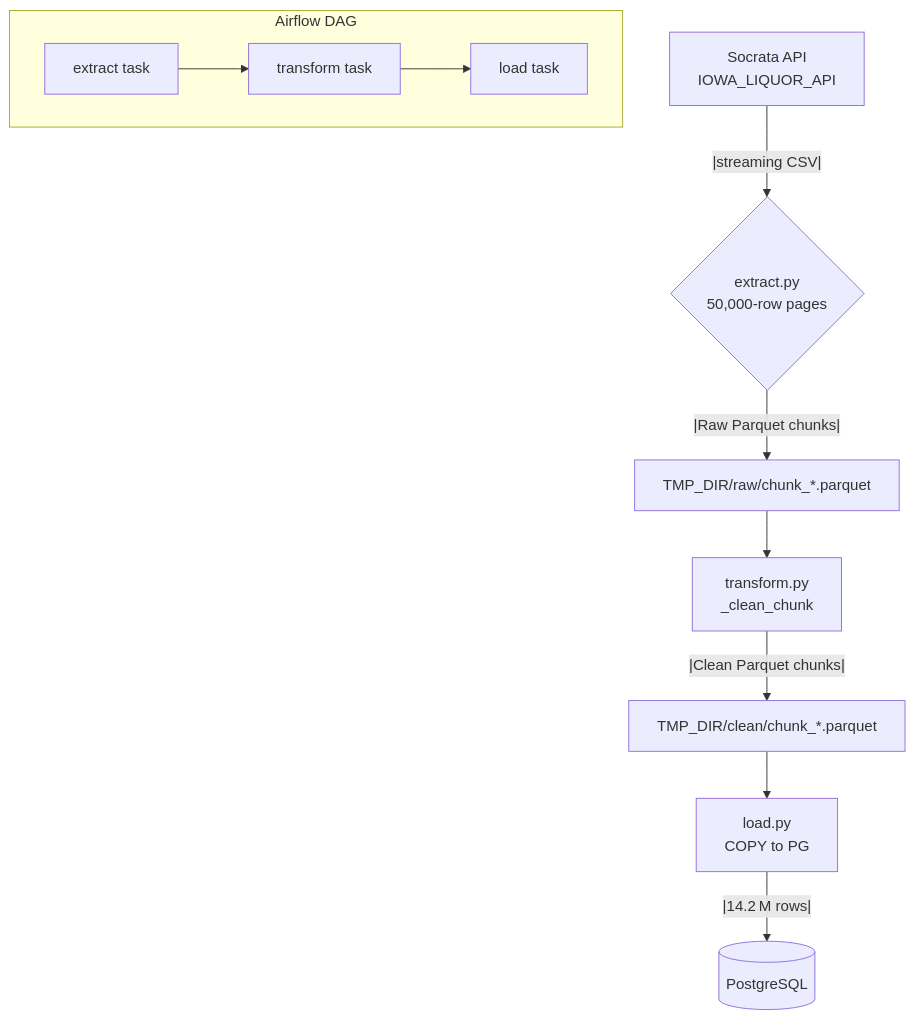
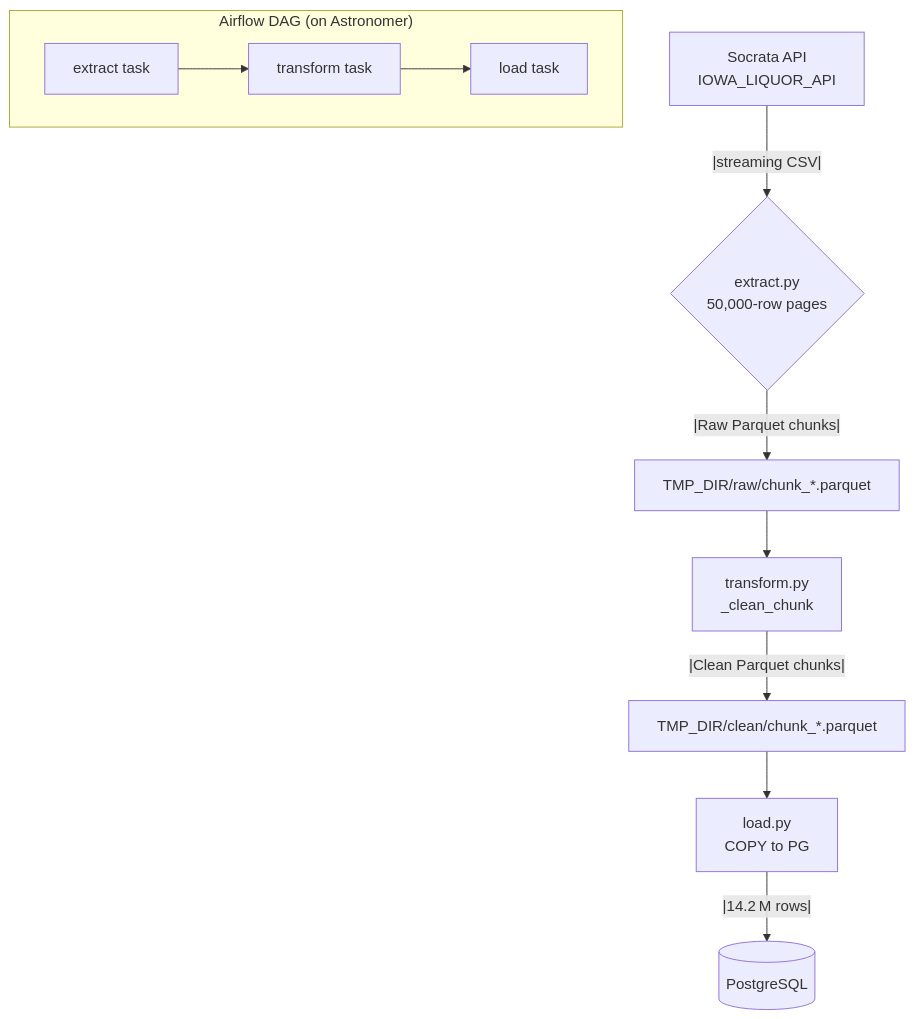
One commit to sundar139/IOWA-Liquor-Sales changed the diagram in README.md. Above: the diagram before and after it, drawn with Mermaid. The commit also changed other lines of this file, not shown here.

````diff
--- a/README.md
+++ b/README.md
@@ -18,15 +18,15 @@
 ```mermaid
 graph TD
     %% ETL pipeline
     A[Socrata API<br/>IOWA_LIQUOR_API] --|streaming CSV|--> B{extract.py<br/>50,000‑row pages}
     B --|Raw Parquet chunks|--> C[TMP_DIR/raw/chunk_*.parquet]
     C --> D[transform.py<br/>_clean_chunk]
     D --|Clean Parquet chunks|--> E[TMP_DIR/clean/chunk_*.parquet]
     E --> F[load.py<br/>COPY to PG]
     F --|14.2 M rows|--> G[(PostgreSQL)]
 
     %% Airflow DAG
-    subgraph "Airflow DAG"
+    subgraph "Airflow DAG (on Astronomer)"
         A1[extract task] --> A2[transform task] --> A3[load task]
     end
 ```
````
